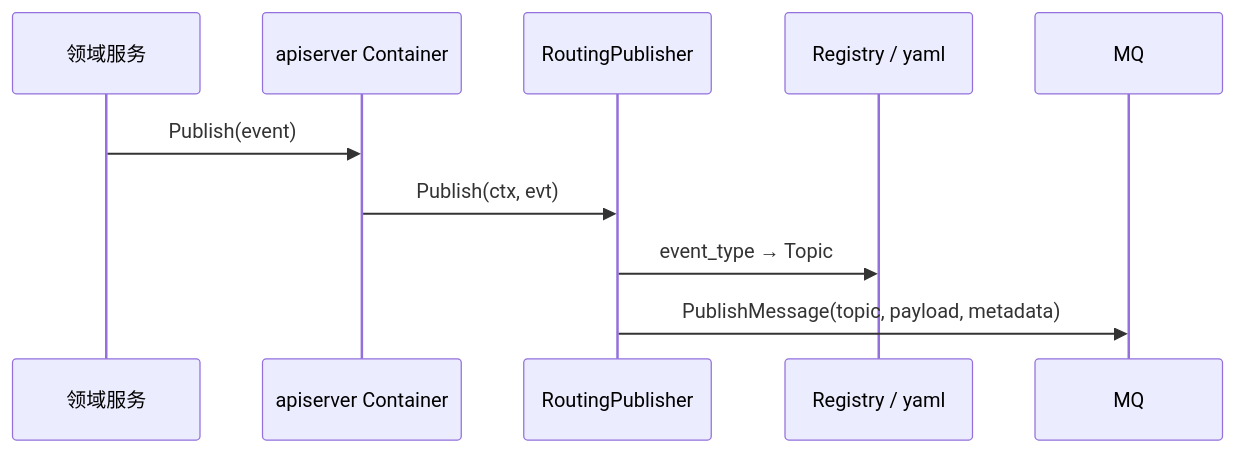
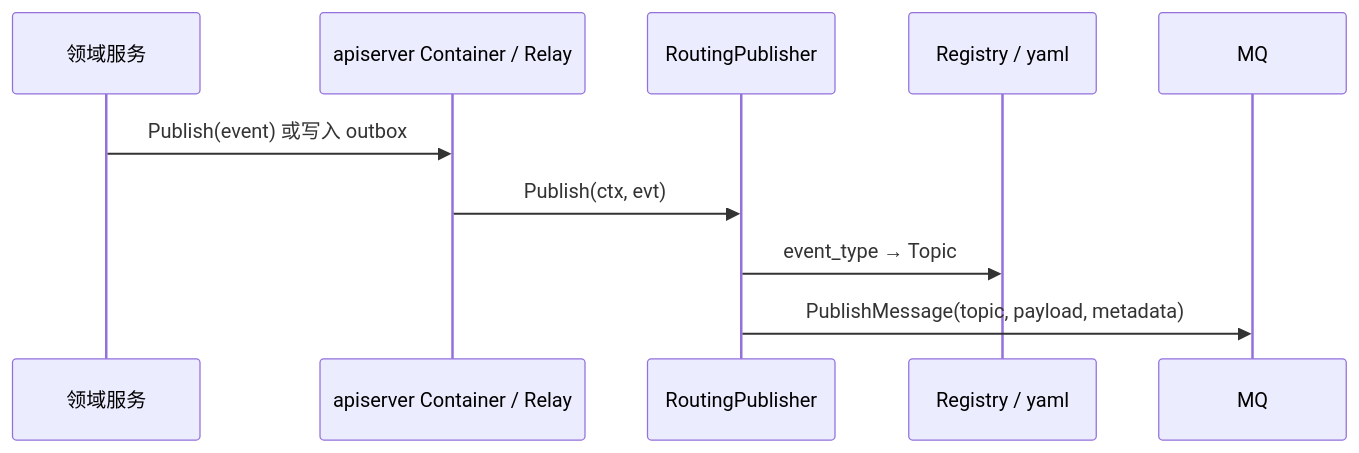
The second of 4 diagrams in docs/03-基础设施/01-事件系统.md (FangcunMount/qs-server), drawn with Mermaid before and after one commit. The commit also changed other lines of this file and 22 other files, not shown here.

````diff
--- a/docs/03-基础设施/01-事件系统.md
+++ b/docs/03-基础设施/01-事件系统.md
@@ -117,13 +117,13 @@
 ```mermaid
 sequenceDiagram
     participant Dom as 领域服务
-    participant C as apiserver Container
+    participant C as apiserver Container / Relay
     participant P as RoutingPublisher
     participant Y as Registry / yaml
     participant MQ as MQ
 
-    Dom->>C: Publish(event)
+    Dom->>C: Publish(event) 或写入 outbox
     C->>P: Publish(ctx, evt)
     P->>Y: event_type → Topic
     P->>MQ: PublishMessage(topic, payload, metadata)
 ```
````
